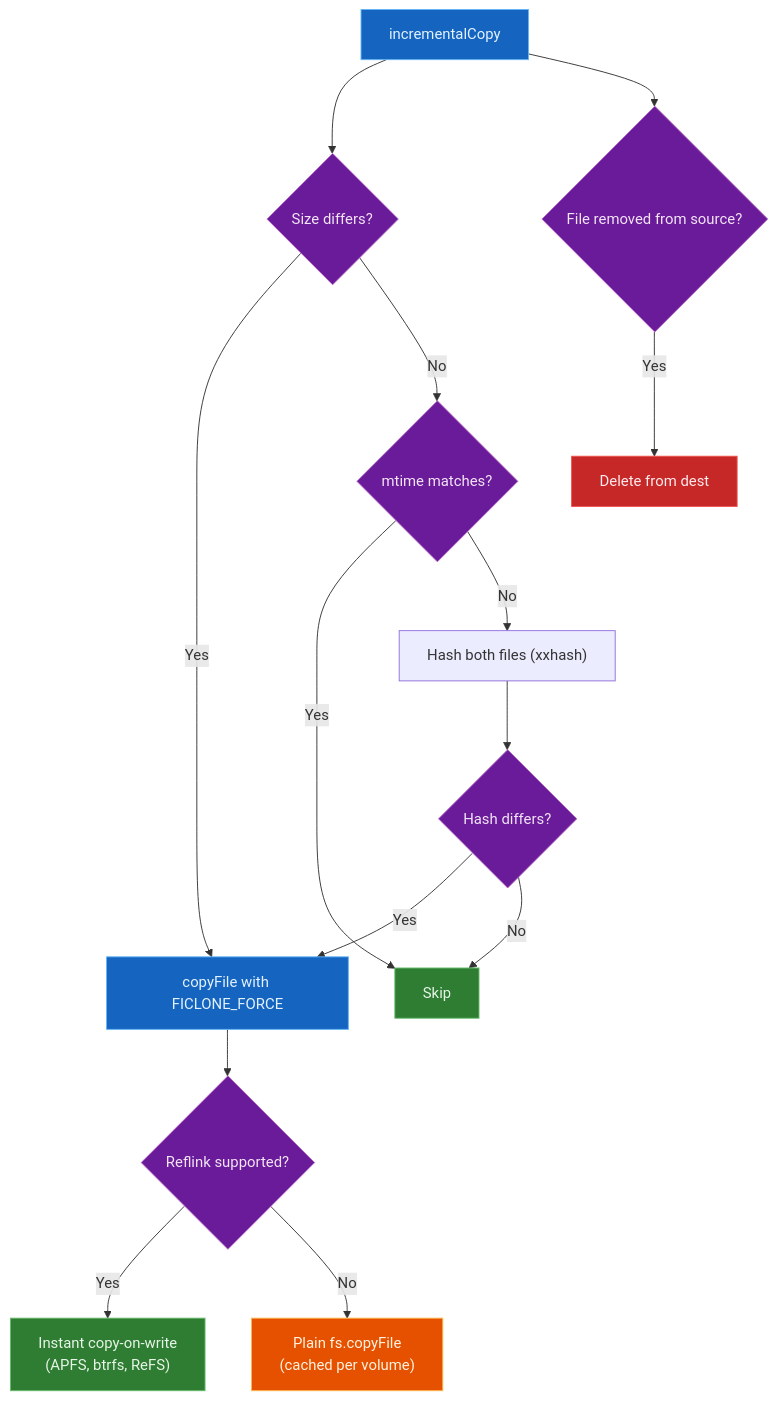
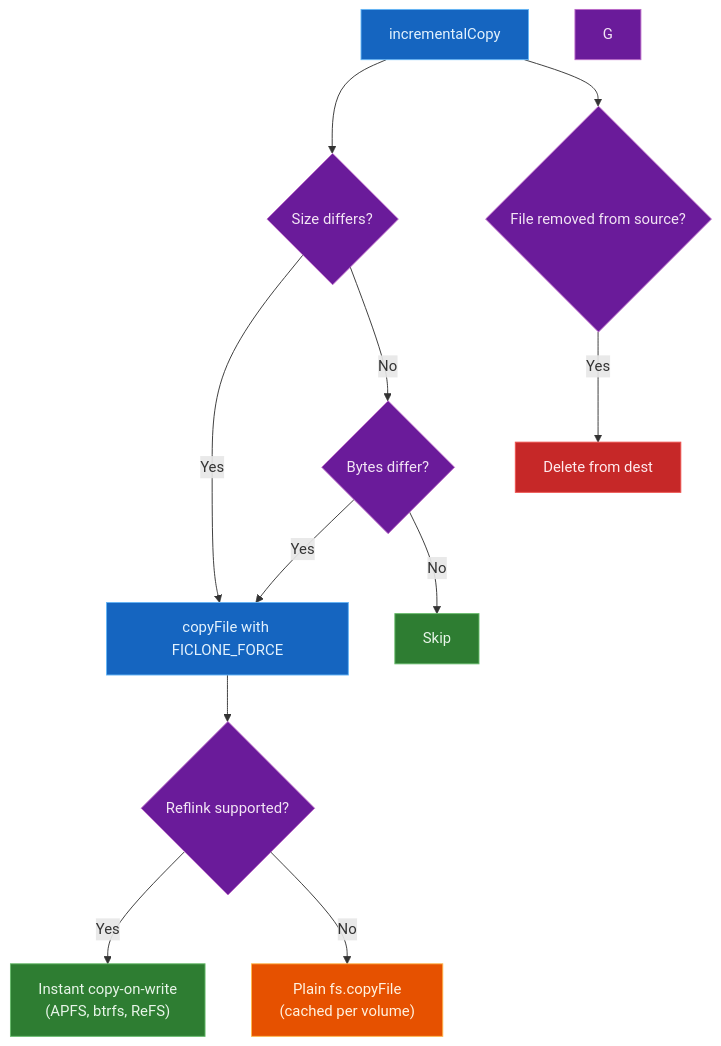
The fifth of 5 diagrams in docs/how-it-works.md (oleg-kuibar/knarr), drawn with Mermaid before and after one commit. The commit also changed other lines of this file and 14 other files, not shown here.

````diff
--- a/docs/how-it-works.md
+++ b/docs/how-it-works.md
@@ -177,29 +176,26 @@
 ```mermaid
 flowchart TD
     A[copyFile with FICLONE_FORCE] --> B{Reflink supported?}
     B -- Yes --> C["Instant copy-on-write<br/>(APFS, btrfs, ReFS)"]
     B -- No --> D["Plain fs.copyFile<br/>(cached per volume)"]
 
     E[incrementalCopy] --> F{Size differs?}
     F -- Yes --> A
-    F -- No --> G{mtime matches?}
-    G -- Yes --> I[Skip]
-    G -- No --> H["Hash both files (xxhash)"]
-    H --> K{Hash differs?}
+    F -- No --> K{Bytes differ?}
     K -- Yes --> A
-    K -- No --> I
+    K -- No --> I[Skip]
     E --> J{File removed from source?}
     J -- Yes --> L[Delete from dest]
 
     style A fill:#1565c0,stroke:#64b5f6,color:#e3f2fd
     style B fill:#6a1b9a,stroke:#ba68c8,color:#f3e5f5
     style C fill:#2e7d32,stroke:#66bb6a,color:#e8f5e9
     style D fill:#e65100,stroke:#ffb74d,color:#fff3e0
     style E fill:#1565c0,stroke:#64b5f6,color:#e3f2fd
     style F fill:#6a1b9a,stroke:#ba68c8,color:#f3e5f5
     style G fill:#6a1b9a,stroke:#ba68c8,color:#f3e5f5
     style I fill:#2e7d32,stroke:#66bb6a,color:#e8f5e9
     style K fill:#6a1b9a,stroke:#ba68c8,color:#f3e5f5
     style J fill:#6a1b9a,stroke:#ba68c8,color:#f3e5f5
     style L fill:#c62828,stroke:#ef5350,color:#ffebee
 ```
````
